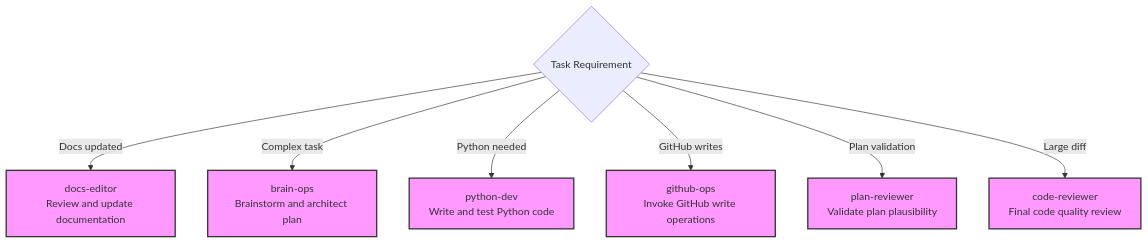
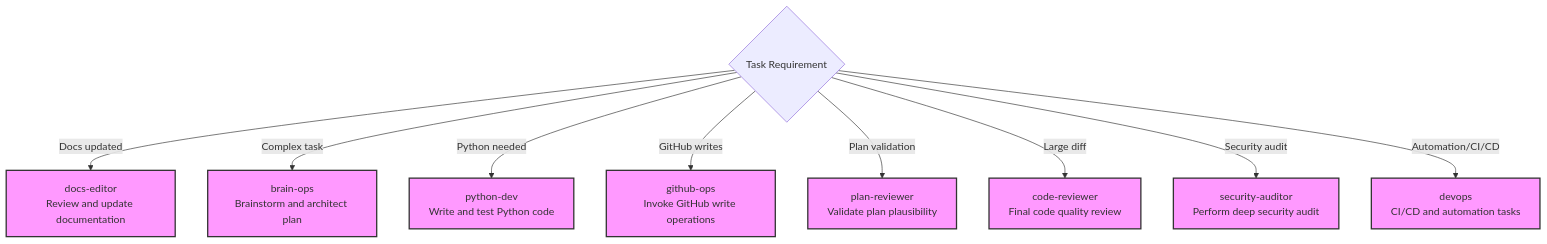
Before and after one commit to Cogni-AI-OU/cogni-ai-agent-skills: the second of 2 diagrams in subagent-task/SKILL.md, drawn with Mermaid. The commit also changed other lines of this file, not shown here.

Commit message:
Add security/DevOps to subagent-task

````diff
--- a/subagent-task/SKILL.md
+++ b/subagent-task/SKILL.md
@@ -52,14 +53,16 @@
 ```mermaid
 flowchart TD
     Trigger{Task Requirement}
 
     Trigger -->|Docs updated| Docs["docs-editor<br/>Review and update documentation"]
     Trigger -->|Complex task| Brain["brain-ops<br/>Brainstorm and architect plan"]
     Trigger -->|Python needed| PyDev["python-dev<br/>Write and test Python code"]
     Trigger -->|GitHub writes| GHOps["github-ops<br/>Invoke GitHub write operations"]
     Trigger -->|Plan validation| PlanRev["plan-reviewer<br/>Validate plan plausibility"]
     Trigger -->|Large diff| CodeRev["code-reviewer<br/>Final code quality review"]
+    Trigger -->|Security audit| SecAud["security-auditor<br/>Perform deep security audit"]
+    Trigger -->|Automation/CI/CD| DevOps["devops<br/>CI/CD and automation tasks"]
 
     classDef scenario fill:#f9f,stroke:#333,stroke-width:2px;
-    class Docs,Brain,PyDev,GHOps,PlanRev,CodeRev scenario
+    class Docs,Brain,PyDev,GHOps,PlanRev,CodeRev,SecAud,DevOps scenario
 ```
````
